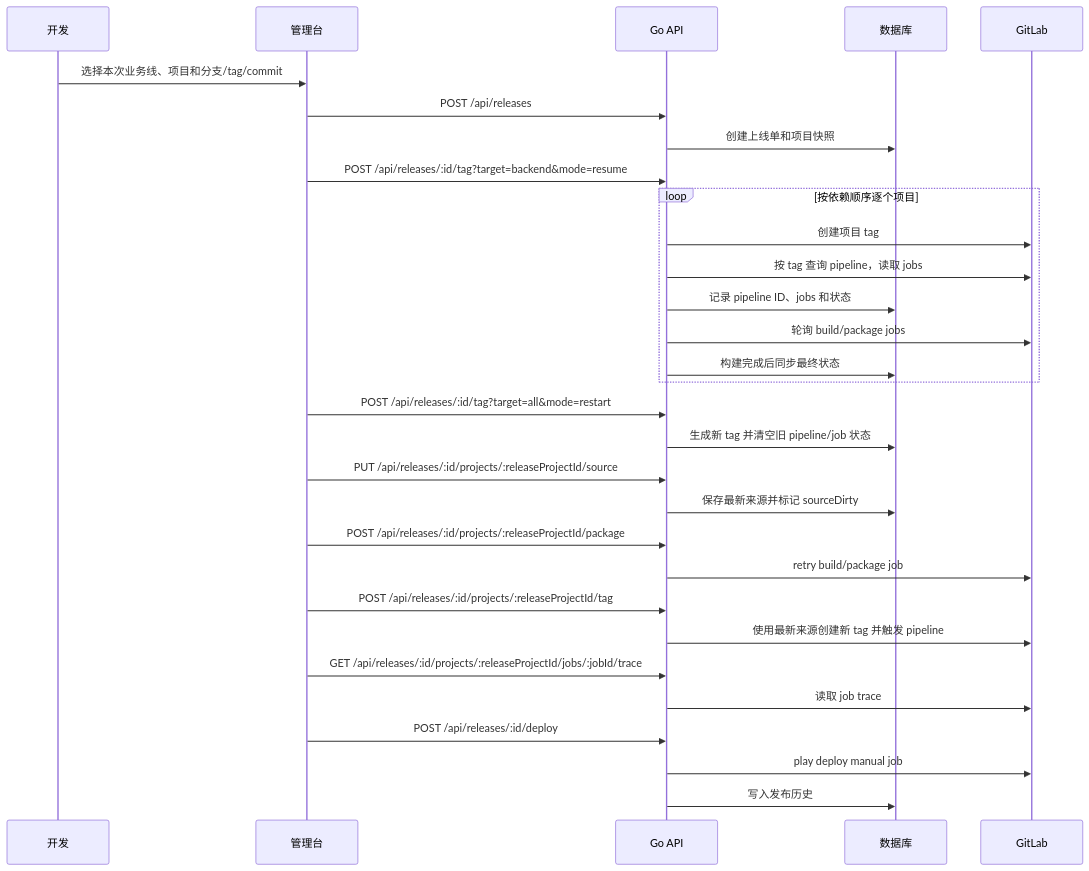
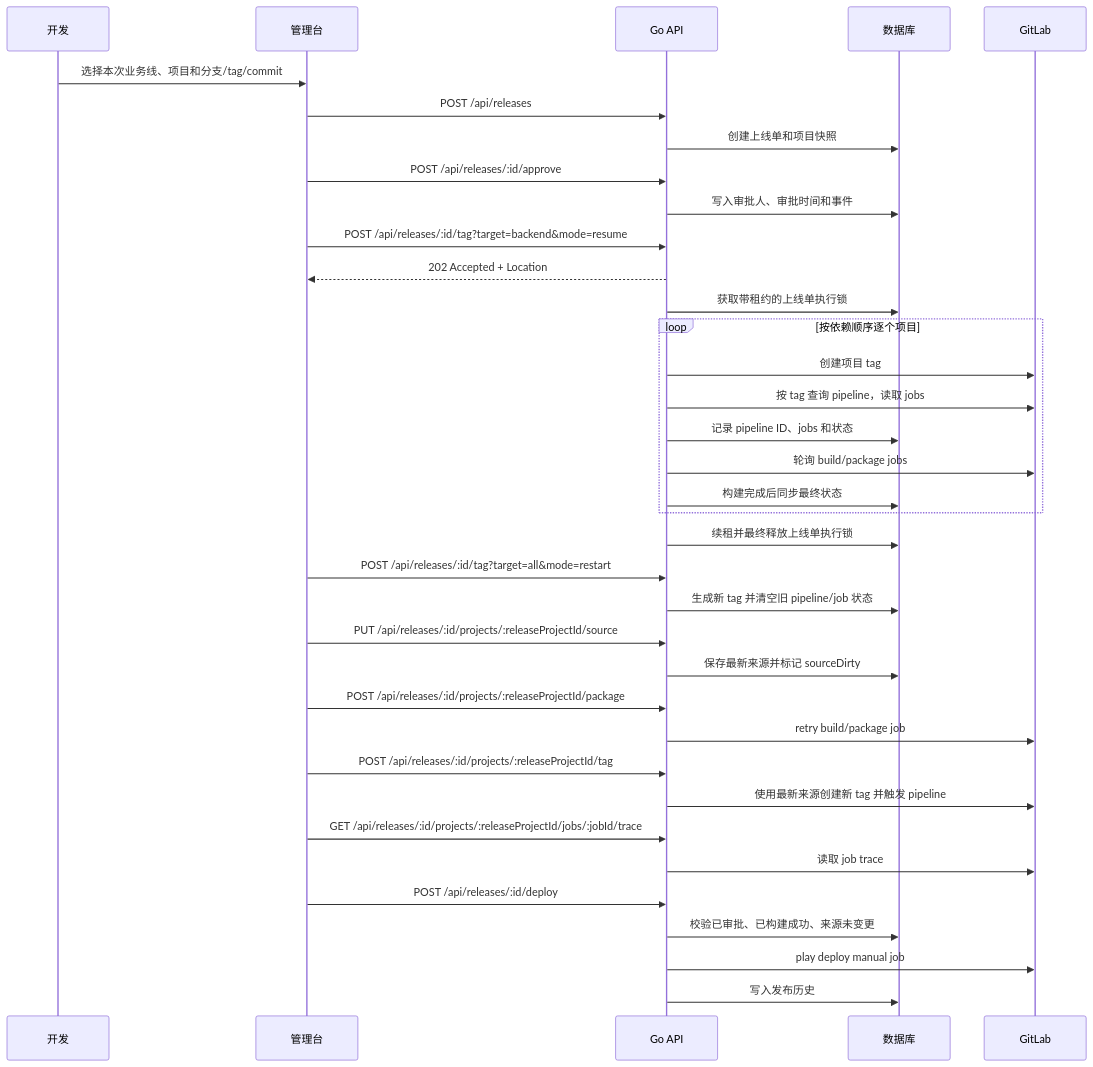
The second of 2 diagrams in docs/architecture.md (jktest709-arch/delivery-platform), drawn with Mermaid before and after one commit. The commit also changed other lines of this file and 33 other files, not shown here.

````diff
--- a/docs/architecture.md
+++ b/docs/architecture.md
@@ -38,33 +42,39 @@
 ```mermaid
 sequenceDiagram
   participant Dev as 开发
   participant Web as 管理台
   participant API as Go API
   participant DB as 数据库
   participant GL as GitLab
 
   Dev->>Web: 选择本次业务线、项目和分支/tag/commit
   Web->>API: POST /api/releases
   API->>DB: 创建上线单和项目快照
+  Web->>API: POST /api/releases/:id/approve
+  API->>DB: 写入审批人、审批时间和事件
   Web->>API: POST /api/releases/:id/tag?target=backend&mode=resume
+  API-->>Web: 202 Accepted + Location
+  API->>DB: 获取带租约的上线单执行锁
   loop 按依赖顺序逐个项目
     API->>GL: 创建项目 tag
     API->>GL: 按 tag 查询 pipeline，读取 jobs
     API->>DB: 记录 pipeline ID、jobs 和状态
     API->>GL: 轮询 build/package jobs
     API->>DB: 构建完成后同步最终状态
   end
+  API->>DB: 续租并最终释放上线单执行锁
   Web->>API: POST /api/releases/:id/tag?target=all&mode=restart
   API->>DB: 生成新 tag 并清空旧 pipeline/job 状态
   Web->>API: PUT /api/releases/:id/projects/:releaseProjectId/source
   API->>DB: 保存最新来源并标记 sourceDirty
   Web->>API: POST /api/releases/:id/projects/:releaseProjectId/package
   API->>GL: retry build/package job
   Web->>API: POST /api/releases/:id/projects/:releaseProjectId/tag
   API->>GL: 使用最新来源创建新 tag 并触发 pipeline
   Web->>API: GET /api/releases/:id/projects/:releaseProjectId/jobs/:jobId/trace
   API->>GL: 读取 job trace
   Web->>API: POST /api/releases/:id/deploy
+  API->>DB: 校验已审批、已构建成功、来源未变更
   API->>GL: play deploy manual job
   API->>DB: 写入发布历史
 ```
````
